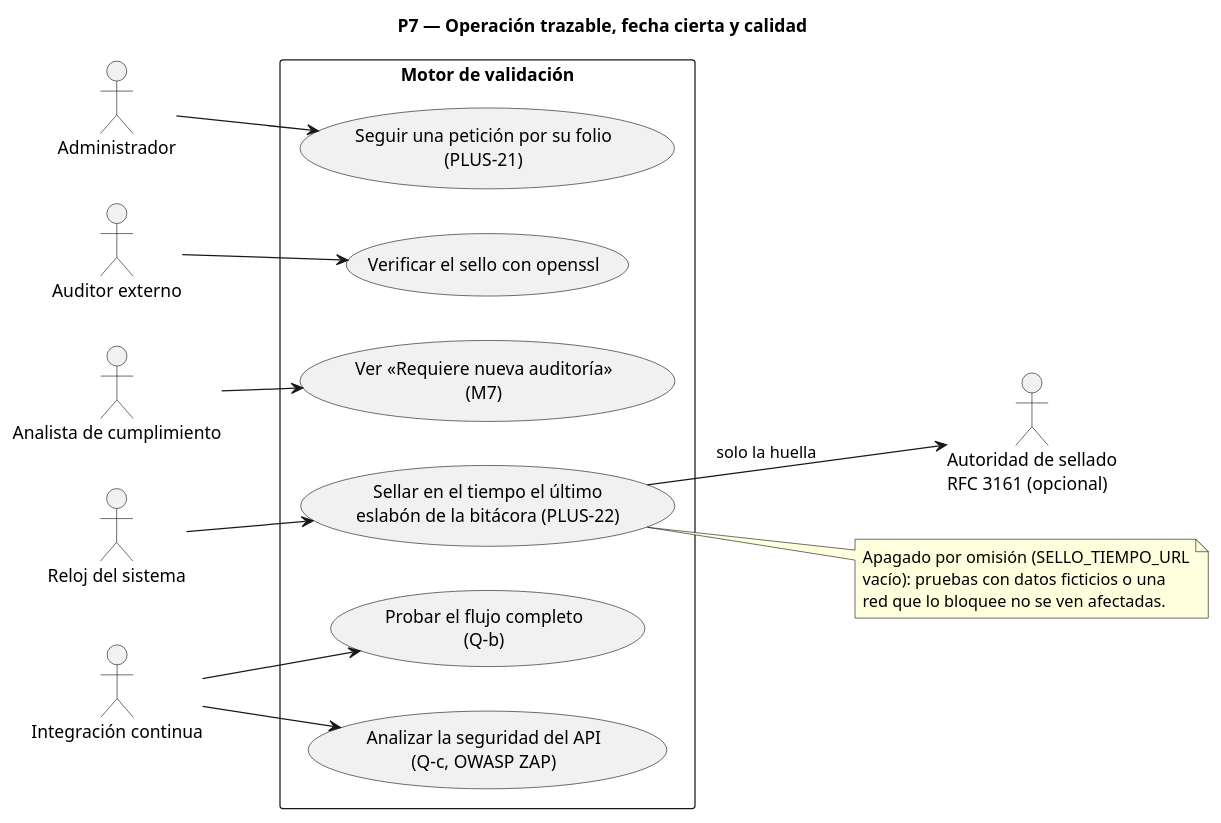
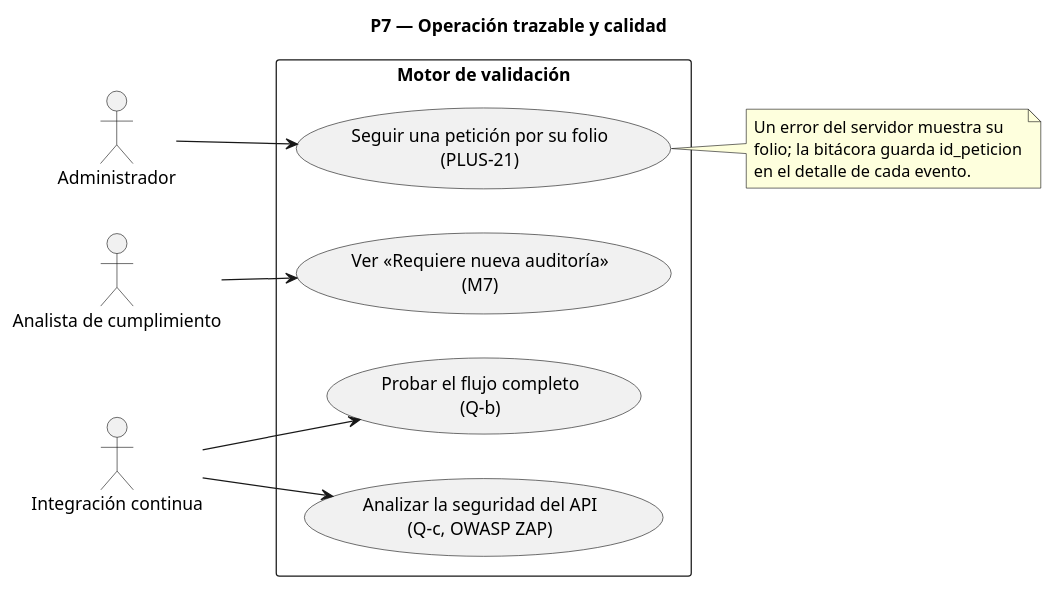
One commit to oliverpelay82-stack/G19X-ITCH-OVP-816-ACADEMIC changed the diagram in docs/uml/p7-casos-de-uso-operacion-calidad.puml. Above: the diagram before and after it, drawn with PlantUML. The commit also changed 17 other files, not shown here.

First line of the commit message:
perf(ai-service): lectura completa del OCR en flujo continuo, sin montar la bóveda (RNF-02)

```diff
--- a/docs/uml/p7-casos-de-uso-operacion-calidad.puml
+++ b/docs/uml/p7-casos-de-uso-operacion-calidad.puml
@@ -1,43 +1,37 @@
 @startuml p7-casos-de-uso-operacion-calidad
-' P7 — Operación trazable, fecha cierta y aseguramiento de la calidad.
-' Trazabilidad: PLUS-21 (HU-57; ISO/IEC 27001 A.8.15), PLUS-22 (HU-58; NOM-151),
-' M7 (HU-59; protocolo del DOC-05), Q-b (HU-60) y Q-c (HU-61; Ficha 045, act. 6).
-' Implementación prevista: middleware id_peticion en los tres servicios;
-' services/core-service/motor/sello_tiempo.py; rules-service (versión por tipo);
-' scripts/e2e_api.py; .github/workflows/ci.yml (e2e y OWASP ZAP).
+' P7 — Operación trazable y aseguramiento de la calidad.
+' Trazabilidad: PLUS-21 (HU-57; ISO/IEC 27001 A.8.15), M7 (HU-59; protocolo
+' del DOC-05), Q-b (HU-60) y Q-c (HU-61; Ficha 045, act. 6).
+' Implementación: config/observabilidad.py (middleware id_peticion) en los tres
+' servicios; rules-service (versión por tipo); scripts/e2e_api.py y
+' scripts/zap_api.py; .github/workflows/ci.yml (e2e y OWASP ZAP).
+' PLUS-22 (sello de tiempo RFC 3161, HU-58) se retiró el 02/10/2026 (PRD §21.8);
+' este diagrama refleja el código vigente.
 
-title P7 — Operación trazable, fecha cierta y calidad
+title P7 — Operación trazable y calidad
 
 left to right direction
 skinparam packageStyle rectangle
 
 actor "Administrador" as Admin
-actor "Auditor externo" as Auditor
 actor "Analista de cumplimiento" as Analista
-actor "Reloj del sistema" as Reloj
 actor "Integración continua" as CI
-actor "Autoridad de sellado\nRFC 3161 (opcional)" as TSA
 
 rectangle "Motor de validación" {
   usecase "Seguir una petición por su folio\n(PLUS-21)" as UC1
-  usecase "Sellar en el tiempo el último\neslabón de la bitácora (PLUS-22)" as UC2
-  usecase "Verificar el sello con openssl" as UC3
   usecase "Ver «Requiere nueva auditoría»\n(M7)" as UC4
   usecase "Probar el flujo completo\n(Q-b)" as UC5
   usecase "Analizar la seguridad del API\n(Q-c, OWASP ZAP)" as UC6
 }
 
 Admin --> UC1
-Reloj --> UC2
-UC2 --> TSA : solo la huella
-Auditor --> UC3
 Analista --> UC4
 CI --> UC5
 CI --> UC6
 
-note right of UC2
-  Apagado por omisión (SELLO_TIEMPO_URL
-  vacío): pruebas con datos ficticios o una
-  red que lo bloquee no se ven afectadas.
+note right of UC1
+  Un error del servidor muestra su
+  folio; la bitácora guarda id_peticion
+  en el detalle de cada evento.
 end note
 @enduml
```
